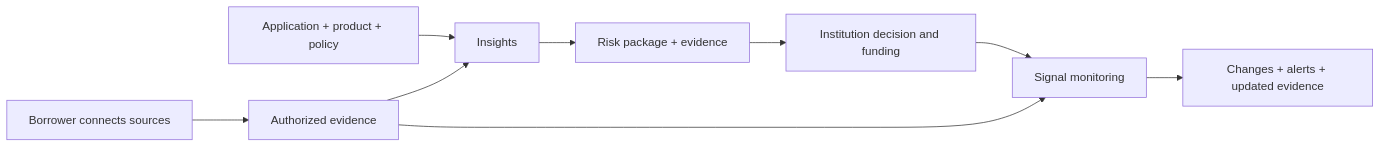
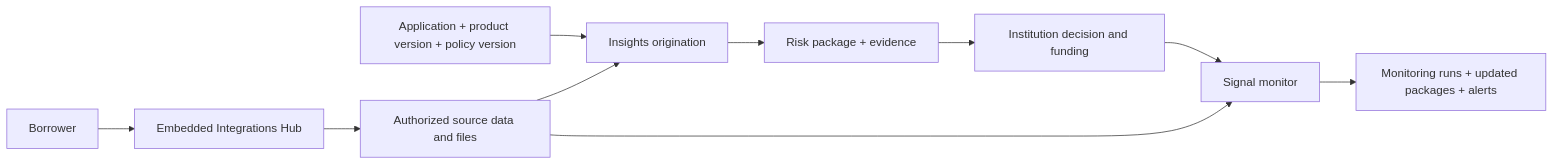
Before and after one commit to amloktech/docs: the diagram in api-reference/overview.mdx, drawn with Mermaid. The commit also changed other lines of this file and 345 other files, not shown here.

````diff
--- a/api-reference/overview.mdx
+++ b/api-reference/overview.mdx
@@ -25,11 +14,12 @@
 ```mermaid
 flowchart LR
-    B[Borrower connects sources] --> E[Authorized evidence]
-    A[Application + product + policy] --> I[Insights]
+    B[Borrower] --> H[Embedded Integrations Hub]
+    H --> E[Authorized source data and files]
+    A[Application + product version + policy version] --> I[Insights origination]
     E --> I
     I --> R[Risk package + evidence]
     R --> D[Institution decision and funding]
-    D --> S[Signal monitoring]
+    D --> S[Signal monitor]
     E --> S
-    S --> N[Changes + alerts + updated evidence]
+    S --> N[Monitoring runs + updated packages + alerts]
 ```
````
